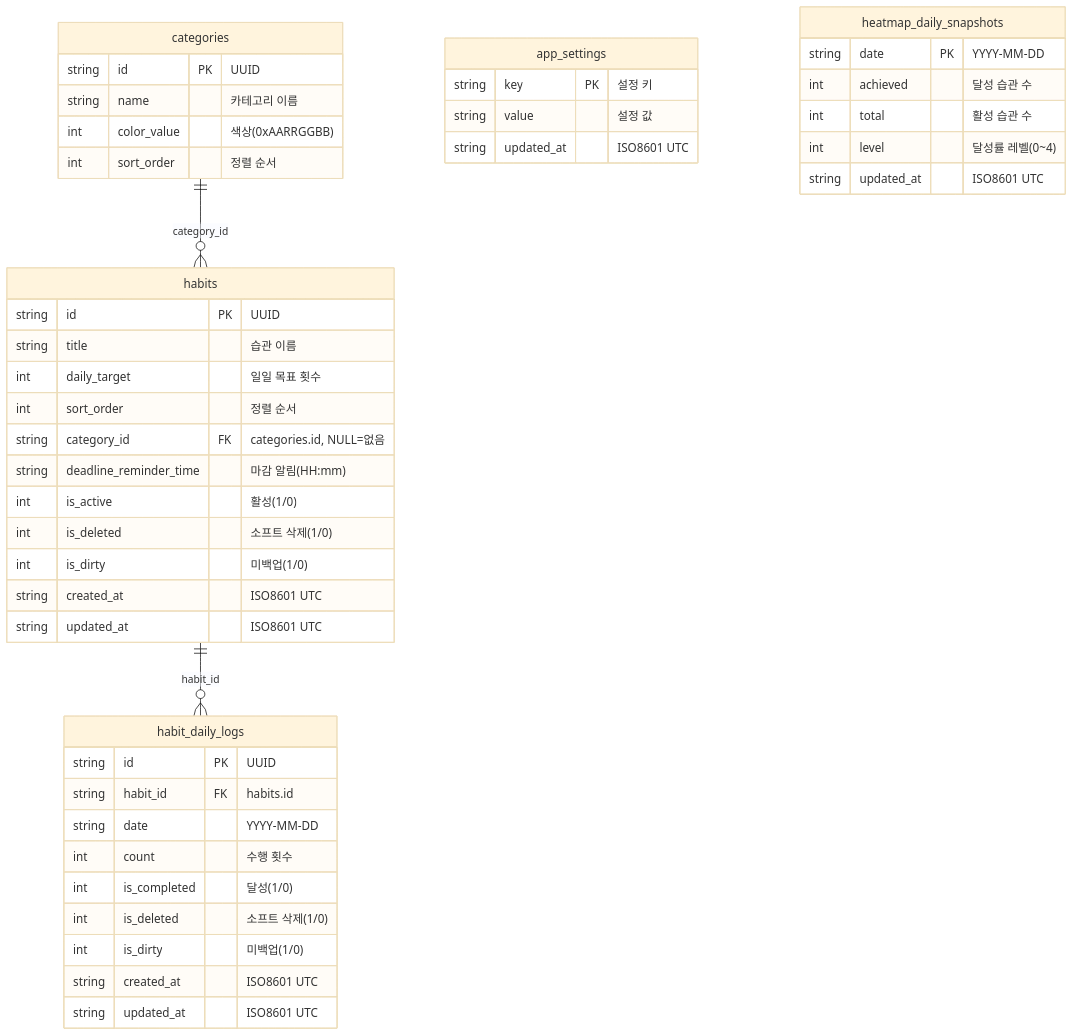
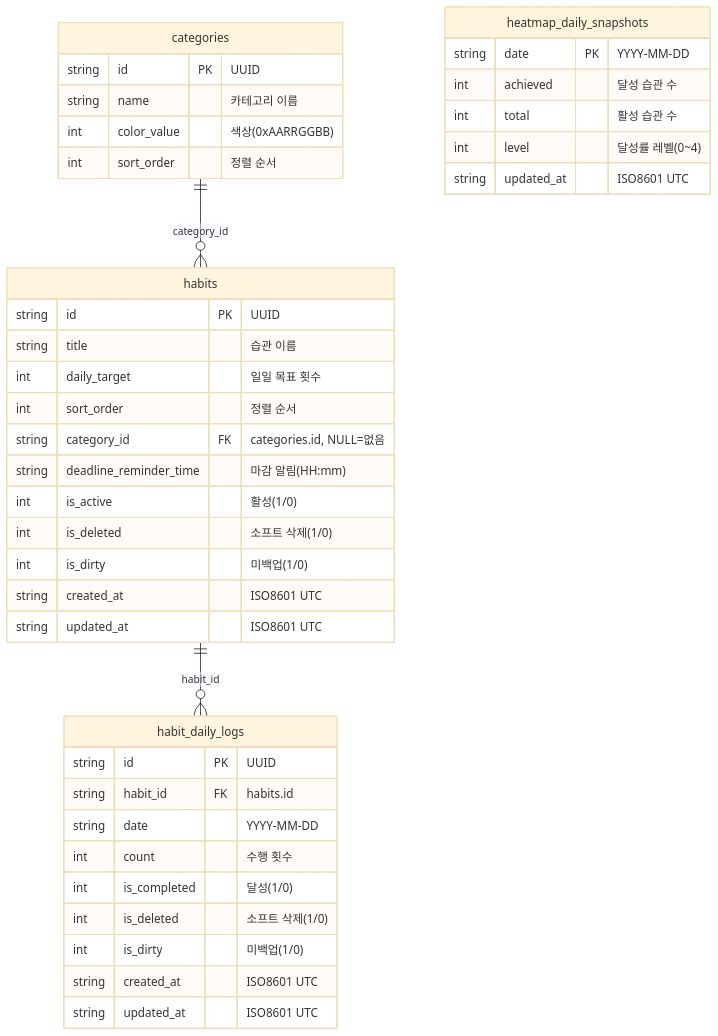
One commit to cheng80/habitcell changed the diagram in docs/erd/erd_sqlite.mmd. Above: the diagram before and after it, drawn with Mermaid (base theme). The commit also changed 92 other files, not shown here.

```diff
--- a/docs/erd/erd_sqlite.mmd
+++ b/docs/erd/erd_sqlite.mmd
@@ -1,54 +1,48 @@
 %% ERD - Habit App SQLite (Client)
 %% Local-first: SQLite가 데이터 원본(Source of Truth)
 %% Mermaid 문법 | GitHub/GitLab/mermaid.live에서 렌더링
 
 erDiagram
     categories ||--o{ habits : "category_id"
     habits ||--o{ habit_daily_logs : "habit_id"
 
     categories {
         string id PK "UUID"
         string name "카테고리 이름"
         int color_value "색상(0xAARRGGBB)"
         int sort_order "정렬 순서"
     }
 
     habits {
         string id PK "UUID"
         string title "습관 이름"
         int daily_target "일일 목표 횟수"
         int sort_order "정렬 순서"
         string category_id FK "categories.id, NULL=없음"
         string deadline_reminder_time "마감 알림(HH:mm)"
         int is_active "활성(1/0)"
         int is_deleted "소프트 삭제(1/0)"
         int is_dirty "미백업(1/0)"
         string created_at "ISO8601 UTC"
         string updated_at "ISO8601 UTC"
     }
 
     habit_daily_logs {
         string id PK "UUID"
         string habit_id FK "habits.id"
         string date "YYYY-MM-DD"
         int count "수행 횟수"
         int is_completed "달성(1/0)"
         int is_deleted "소프트 삭제(1/0)"
         int is_dirty "미백업(1/0)"
         string created_at "ISO8601 UTC"
         string updated_at "ISO8601 UTC"
     }
 
-    app_settings {
-        string key PK "설정 키"
-        string value "설정 값"
-        string updated_at "ISO8601 UTC"
-    }
-
     heatmap_daily_snapshots {
         string date PK "YYYY-MM-DD"
         int achieved "달성 습관 수"
         int total "활성 습관 수"
         int level "달성률 레벨(0~4)"
         string updated_at "ISO8601 UTC"
     }
```
